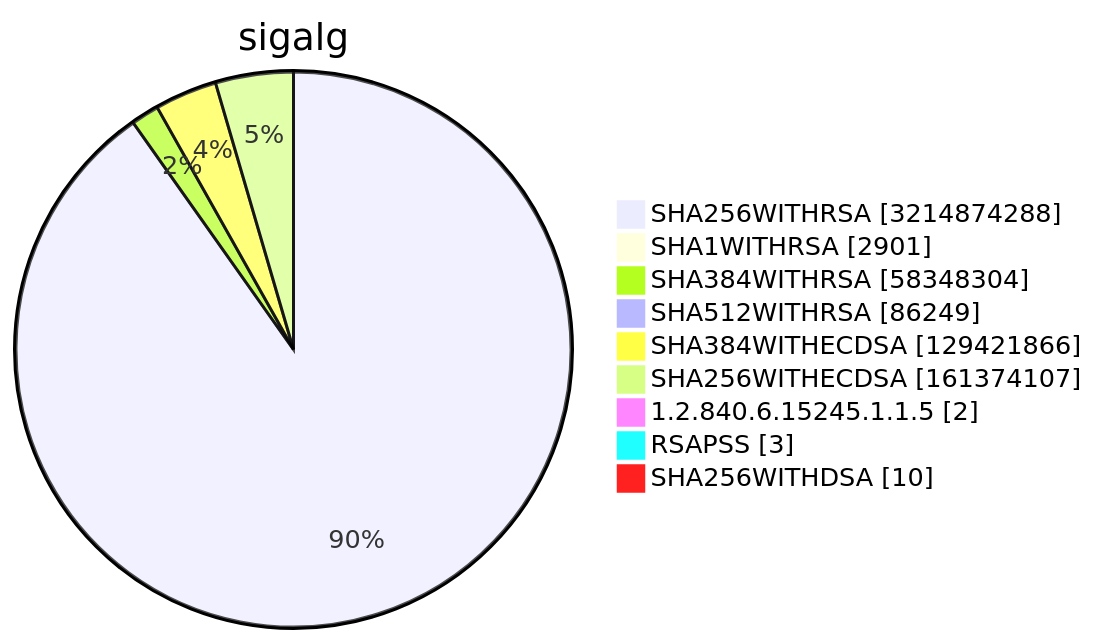
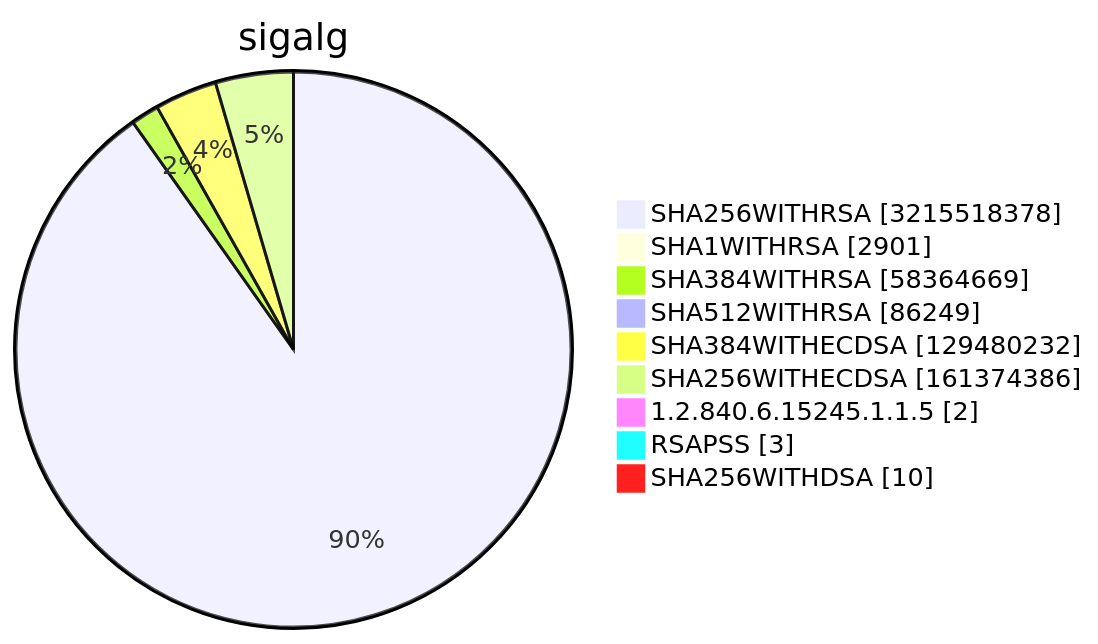
Diagram 15 of 15 in TOTAL/README.md (christiankrug/ctmonitor_visualization), drawn with Mermaid before and after one commit. The commit also changed other lines of this file, not shown here.

````diff
--- a/TOTAL/README.md
+++ b/TOTAL/README.md
@@ -6217,13 +6217,13 @@
 ```mermaid
 pie showData
 title sigalg
-"SHA256WITHRSA" :3214874288
+"SHA256WITHRSA" :3215518378
 "SHA1WITHRSA" :2901
-"SHA384WITHRSA" :58348304
+"SHA384WITHRSA" :58364669
 "SHA512WITHRSA" :86249
-"SHA384WITHECDSA" :129421866
-"SHA256WITHECDSA" :161374107
+"SHA384WITHECDSA" :129480232
+"SHA256WITHECDSA" :161374386
 "1.2.840.6.15245.1.1.5" :2
 "RSAPSS" :3
 "SHA256WITHDSA" :10
 ```
````
